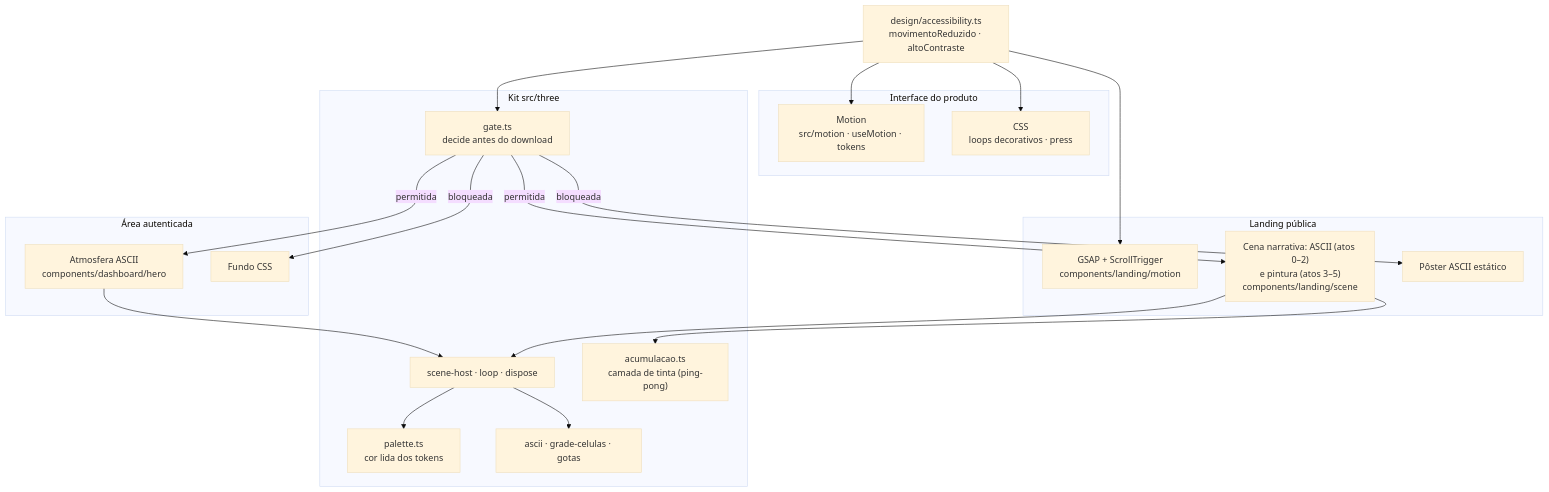
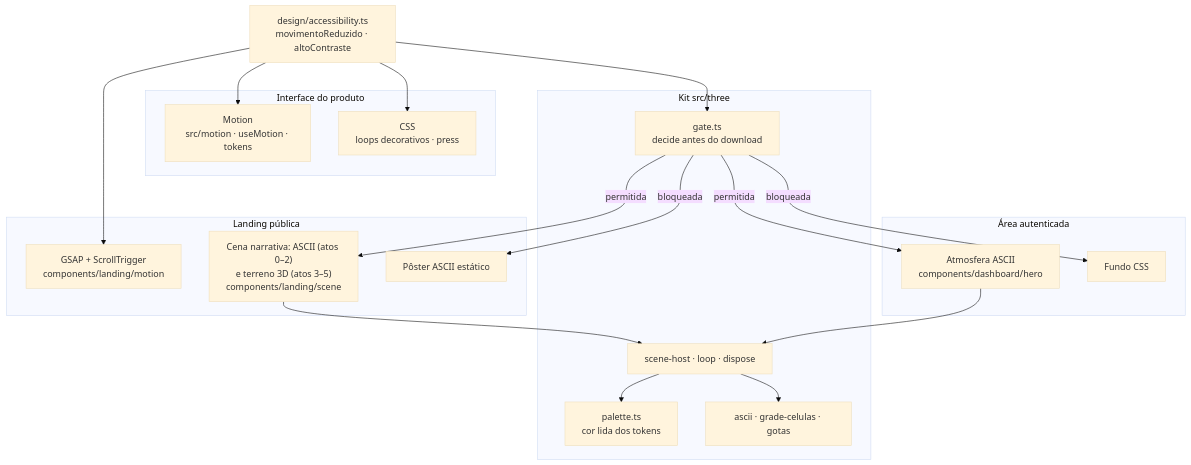
The diagram in docs/FRONTEND_WEB.md (guimunizzz/Vulnera-TCC), drawn with Mermaid (base theme) before and after one commit. The commit also changed other lines of this file and 212 other files, not shown here.

First line of the commit message:
feat(web): terreno topográfico em 3D como material final dos atos 3 a 5 da landing

````diff
--- a/docs/FRONTEND_WEB.md
+++ b/docs/FRONTEND_WEB.md
@@ -146,42 +146,40 @@
 ```mermaid
 flowchart TB
   pref["design/accessibility.ts<br/>movimentoReduzido · altoContraste"]
 
   subgraph produto["Interface do produto"]
     motion["Motion<br/>src/motion · useMotion · tokens"]
     css["CSS<br/>loops decorativos · press"]
   end
 
   subgraph landing["Landing pública"]
     gsap["GSAP + ScrollTrigger<br/>components/landing/motion"]
-    cena["Cena narrativa: ASCII (atos 0–2)<br/>e pintura (atos 3–5)<br/>components/landing/scene"]
+    cena["Cena narrativa: ASCII (atos 0–2)<br/>e terreno 3D (atos 3–5)<br/>components/landing/scene"]
     poster["Pôster ASCII estático"]
   end
 
   subgraph plataforma["Área autenticada"]
     atmos["Atmosfera ASCII<br/>components/dashboard/hero"]
     fundo["Fundo CSS"]
   end
 
   subgraph kit["Kit src/three"]
     gate["gate.ts<br/>decide antes do download"]
     host["scene-host · loop · dispose"]
     pal["palette.ts<br/>cor lida dos tokens"]
     ascii["ascii · grade-celulas · gotas"]
-    acum["acumulacao.ts<br/>camada de tinta (ping-pong)"]
   end
 
   pref --> motion
   pref --> css
   pref --> gsap
   pref --> gate
   gate -->|permitida| cena
   gate -->|permitida| atmos
   gate -->|bloqueada| poster
   gate -->|bloqueada| fundo
   cena --> host
   atmos --> host
   host --> pal
   host --> ascii
-  cena --> acum
 ```
````
